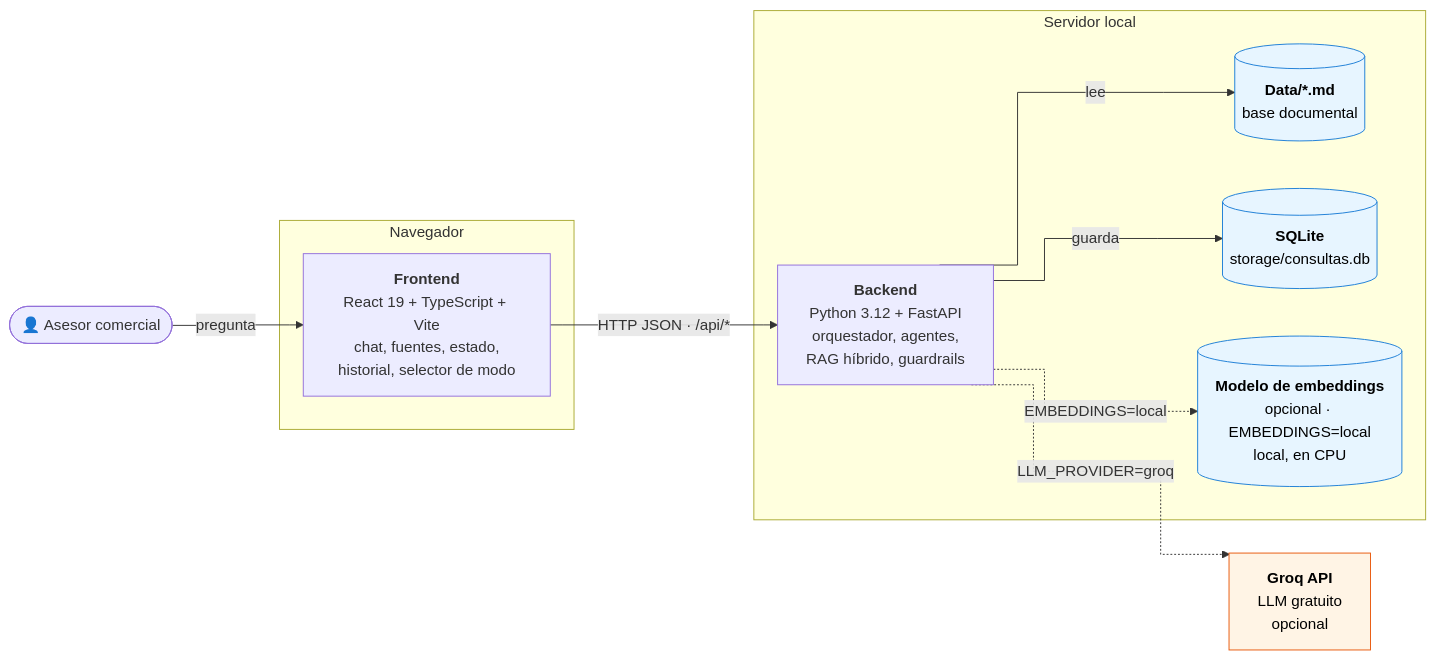
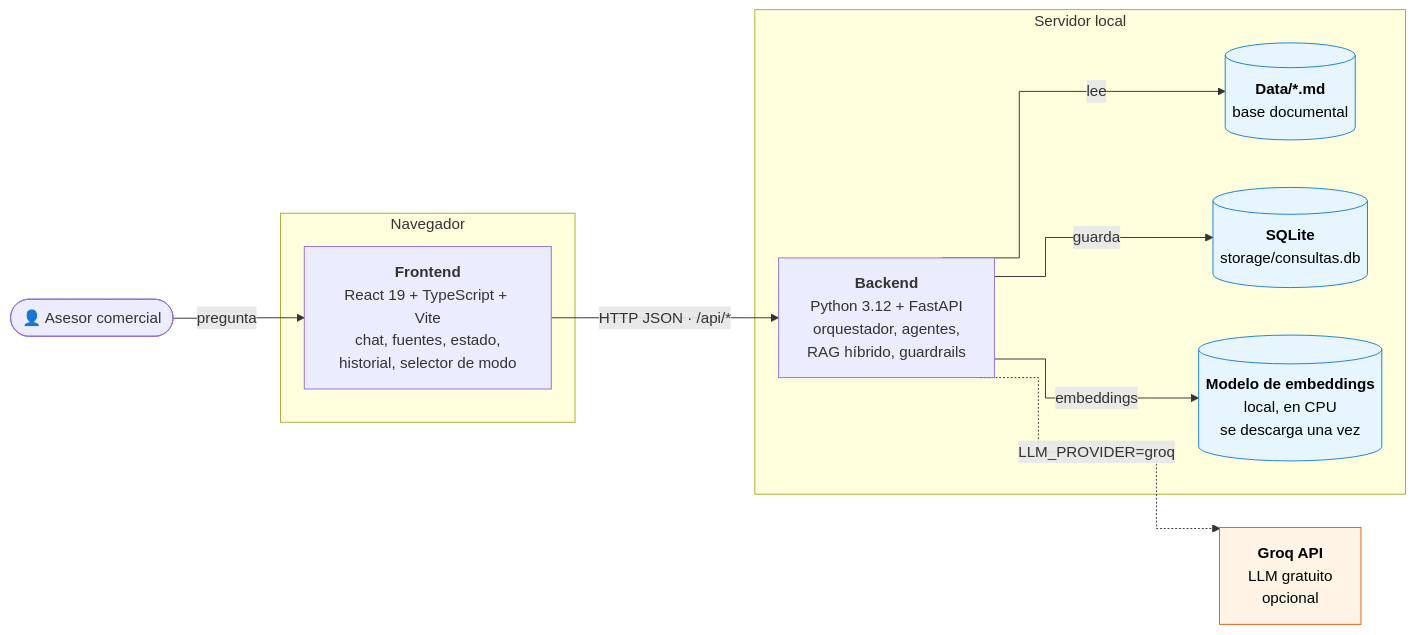
One commit to DanlerLo/Asistente_Asesores_PruebaTecnica changed the first of 3 diagrams in README.md. Above: the diagram before and after it, drawn with Mermaid. The commit also changed other lines of this file and 4 other files, not shown here.

````diff
--- a/README.md
+++ b/README.md
@@ -20,30 +20,30 @@
 ```mermaid
 %%{init: {"flowchart": {"curve": "step"}}}%%
 flowchart LR
     ASESOR(["👤 Asesor comercial"])
 
     subgraph NAV["Navegador"]
         FE["<b>Frontend</b><br/>React 19 + TypeScript + Vite<br/>chat, fuentes, estado,<br/>historial, selector de modo"]
     end
 
     subgraph SRV["Servidor local"]
         BE["<b>Backend</b><br/>Python 3.12 + FastAPI<br/>orquestador, agentes,<br/>RAG híbrido, guardrails"]
         DATA[("<b>Data/*.md</b><br/>base documental")]
         DB[("<b>SQLite</b><br/>storage/consultas.db")]
-        MOD[("<b>Modelo de embeddings</b><br/>opcional · EMBEDDINGS=local<br/>local, en CPU")]
+        MOD[("<b>Modelo de embeddings</b><br/>local, en CPU<br/>se descarga una vez")]
     end
 
     GROQ["<b>Groq API</b><br/>LLM gratuito<br/>opcional"]
 
     ASESOR -- "pregunta" --> FE
     FE -- "HTTP JSON · /api/*" --> BE
     BE -- "lee" --> DATA
     BE -- "guarda" --> DB
-    BE -. "EMBEDDINGS=local" .-> MOD
+    BE -- "embeddings" --> MOD
     BE -. "LLM_PROVIDER=groq" .-> GROQ
 
     classDef externo fill:#fff4e5,stroke:#e8590c,color:#000
     classDef datos fill:#e7f5ff,stroke:#1c7ed6,color:#000
     class GROQ externo
     class DATA,DB,MOD datos
 ```
````
